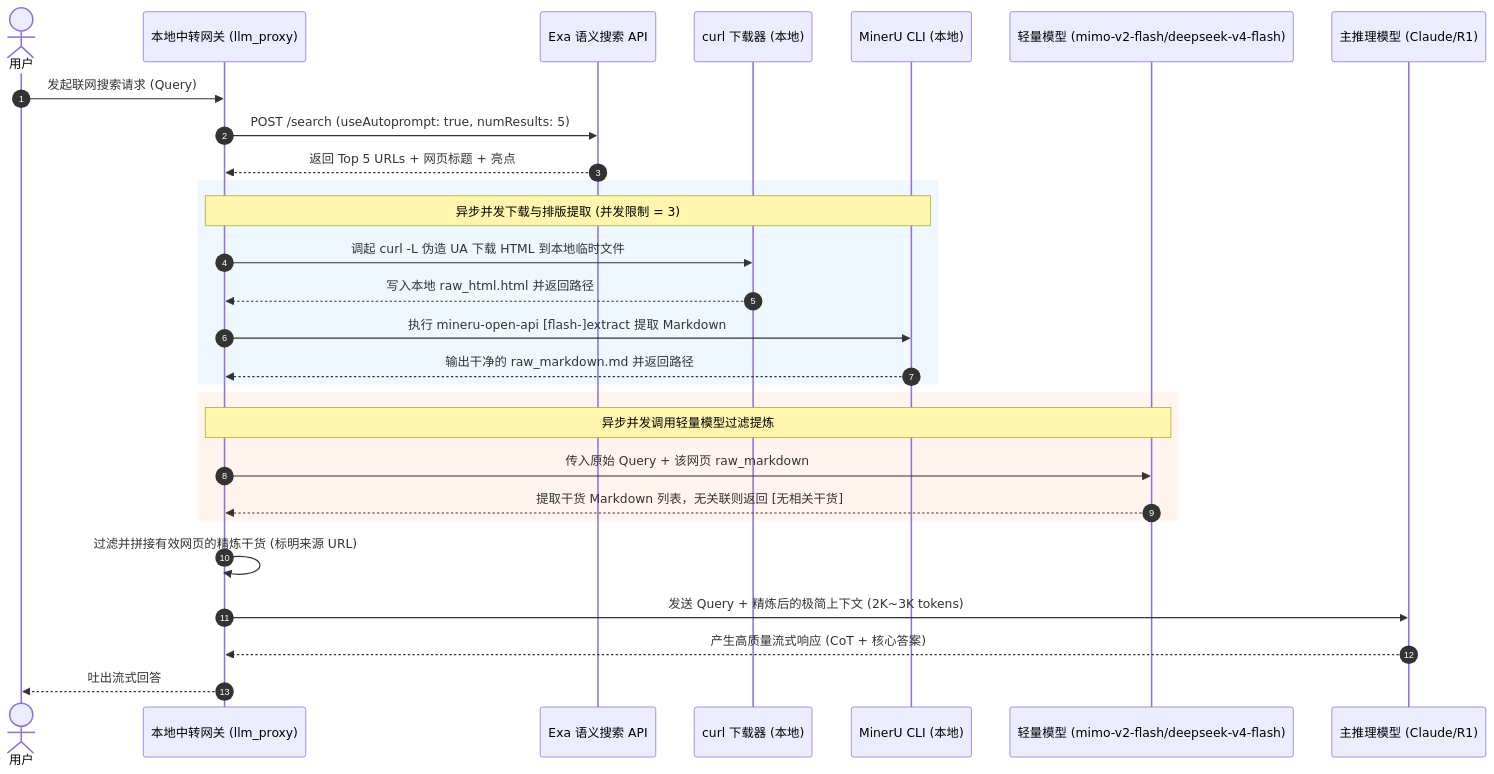
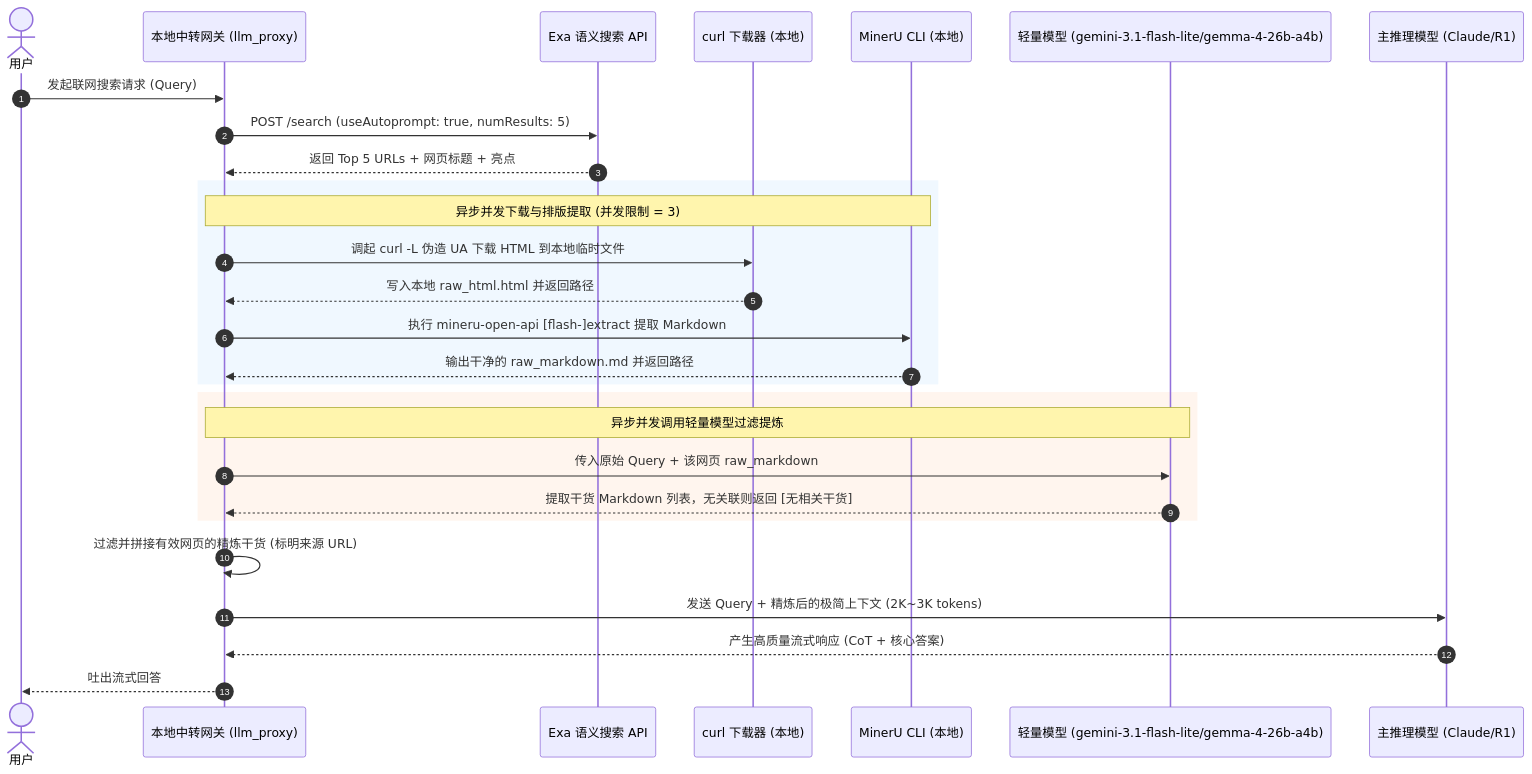
The diagram in docs/web_search_extraction_design.md (Bigzhangbig/llm_proxy), drawn with Mermaid before and after one commit. The commit also changed other lines of this file and 2 other files, not shown here.

````diff
--- a/docs/web_search_extraction_design.md
+++ b/docs/web_search_extraction_design.md
@@ -43,34 +43,34 @@
 ```mermaid
 sequenceDiagram
     autonumber
     actor User as 用户
     participant Gateway as 本地中转网关 (llm_proxy)
     participant Exa as Exa 语义搜索 API
     participant Downloader as curl 下载器 (本地)
     participant MinerU as MinerU CLI (本地)
-    participant CheapLLM as 轻量模型 (mimo-v2-flash/deepseek-v4-flash)
+    participant CheapLLM as 轻量模型 (gemini-3.1-flash-lite/gemma-4-26b-a4b)
     participant MainLLM as 主推理模型 (Claude/R1)
 
     User->>Gateway: 发起联网搜索请求 (Query)
     Gateway->>Exa: POST /search (useAutoprompt: true, numResults: 5)
     Exa-->>Gateway: 返回 Top 5 URLs + 网页标题 + 亮点
     
     rect rgb(240, 248, 255)
         note over Gateway, MinerU: 异步并发下载与排版提取 (并发限制 = 3)
         Gateway->>Downloader: 调起 curl -L 伪造 UA 下载 HTML 到本地临时文件
         Downloader-->>Gateway: 写入本地 raw_html.html 并返回路径
         Gateway->>MinerU: 执行 mineru-open-api [flash-]extract 提取 Markdown
         MinerU-->>Gateway: 输出干净的 raw_markdown.md 并返回路径
     end
     
     rect rgb(255, 245, 238)
         note over Gateway, CheapLLM: 异步并发调用轻量模型过滤提炼
         Gateway->>CheapLLM: 传入原始 Query + 该网页 raw_markdown
         CheapLLM-->>Gateway: 提取干货 Markdown 列表，无关联则返回 [无相关干货]
     end
 
     Gateway->>Gateway: 过滤并拼接有效网页的精炼干货 (标明来源 URL)
     Gateway->>MainLLM: 发送 Query + 精炼后的极简上下文 (2K~3K tokens)
     MainLLM-->>Gateway: 产生高质量流式响应 (CoT + 核心答案)
     Gateway-->>User: 吐出流式回答
 ```
````
